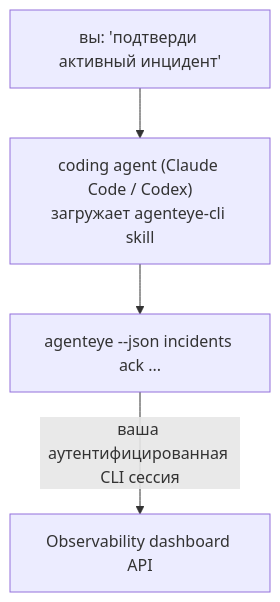
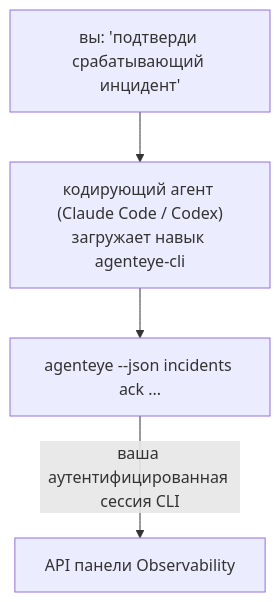
The diagram in docs/ru/agenteye/cli-skill.mdx (FailproofAI/failproofai), drawn with Mermaid before and after one commit. The commit also changed other lines of this file and 677 other files, not shown here.

````diff
--- a/docs/ru/agenteye/cli-skill.mdx
+++ b/docs/ru/agenteye/cli-skill.mdx
@@ -28,6 +29,6 @@
 ```mermaid
 flowchart TD
-    YOU["вы: 'подтверди активный инцидент'"] --> AGENT["coding agent (Claude Code / Codex)<br/>загружает agenteye-cli skill"]
+    YOU["вы: 'подтверди срабатывающий инцидент'"] --> AGENT["кодирующий агент (Claude Code / Codex)<br/>загружает навык agenteye-cli"]
     AGENT --> CLI["agenteye --json incidents ack ..."]
-    CLI -->|ваша аутентифицированная CLI сессия| API["Observability dashboard API"]
+    CLI -->|ваша аутентифицированная сессия CLI| API["API панели Observability"]
 ```
````
